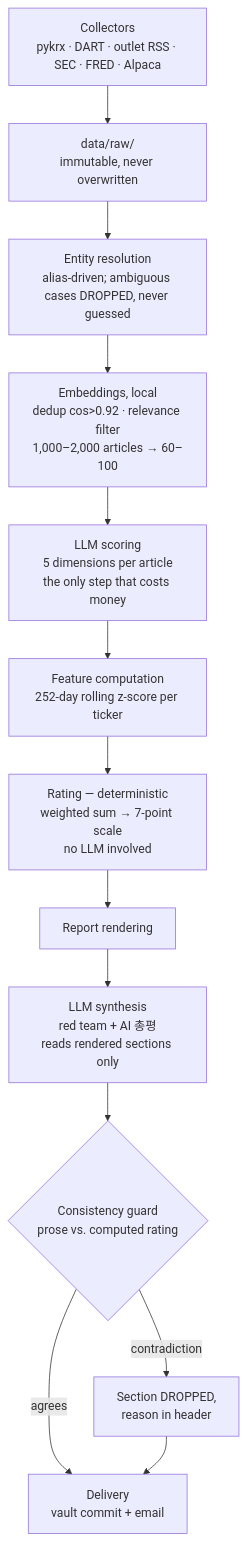
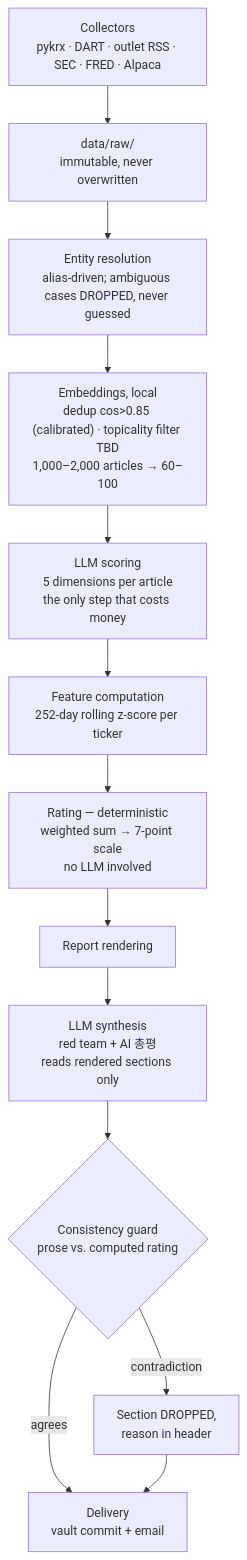
Before and after one commit to uichan-lee/market-briefing: the diagram in README.md, drawn with Mermaid. The commit also changed other lines of this file and 2 other files, not shown here.

First line of the commit message:
docs: mark step 6's dedup half done across notes and both READMEs

````diff
--- a/README.md
+++ b/README.md
@@ -110,15 +110,15 @@
 ```mermaid
 flowchart TD
     A["Collectors<br/>pykrx · DART · outlet RSS · SEC · FRED · Alpaca"] --> B["data/raw/<br/>immutable, never overwritten"]
     B --> C["Entity resolution<br/>alias-driven; ambiguous cases DROPPED, never guessed"]
-    C --> D["Embeddings, local<br/>dedup cos&gt;0.92 · relevance filter<br/>1,000–2,000 articles → 60–100"]
+    C --> D["Embeddings, local<br/>dedup cos&gt;0.85 (calibrated) · topicality filter TBD<br/>1,000–2,000 articles → 60–100"]
     D --> E["LLM scoring<br/>5 dimensions per article<br/>the only step that costs money"]
     E --> F["Feature computation<br/>252-day rolling z-score per ticker"]
     F --> G["Rating — deterministic<br/>weighted sum → 7-point scale<br/>no LLM involved"]
     G --> H["Report rendering"]
     H --> I["LLM synthesis<br/>red team + AI 총평<br/>reads rendered sections only"]
     I --> J{"Consistency guard<br/>prose vs. computed rating"}
     J -->|contradiction| K["Section DROPPED,<br/>reason in header"]
     J -->|agrees| L["Delivery<br/>vault commit + email"]
     K --> L
 ```
````
